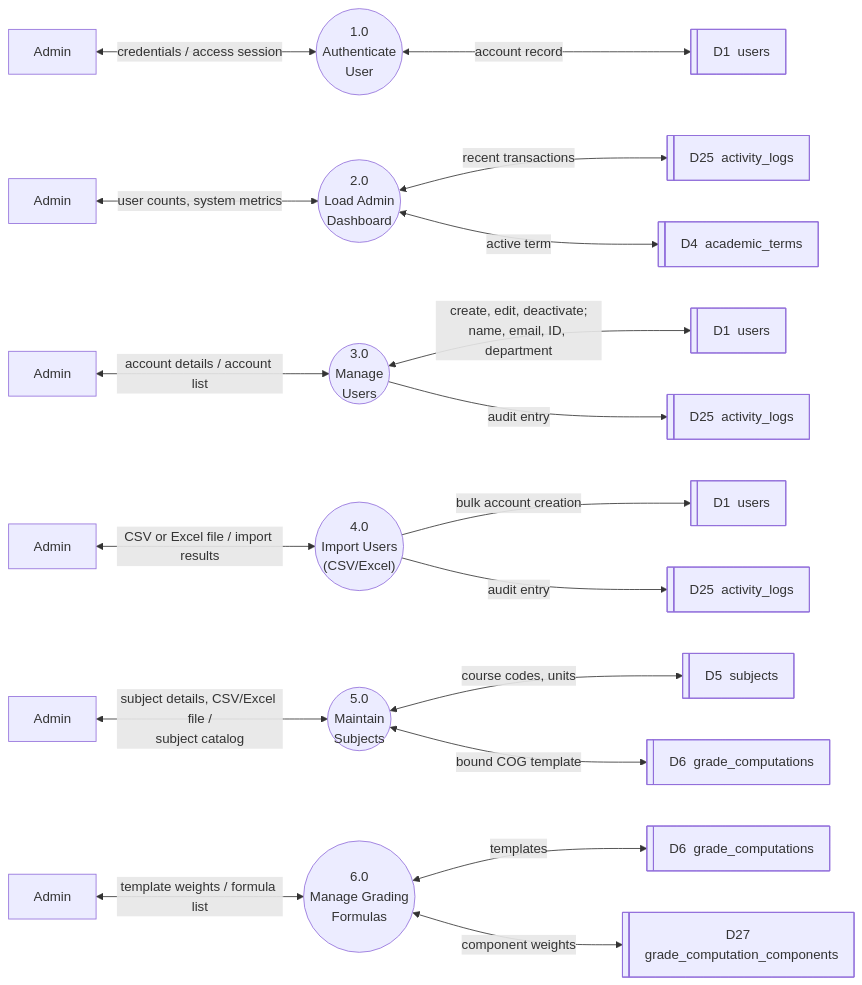
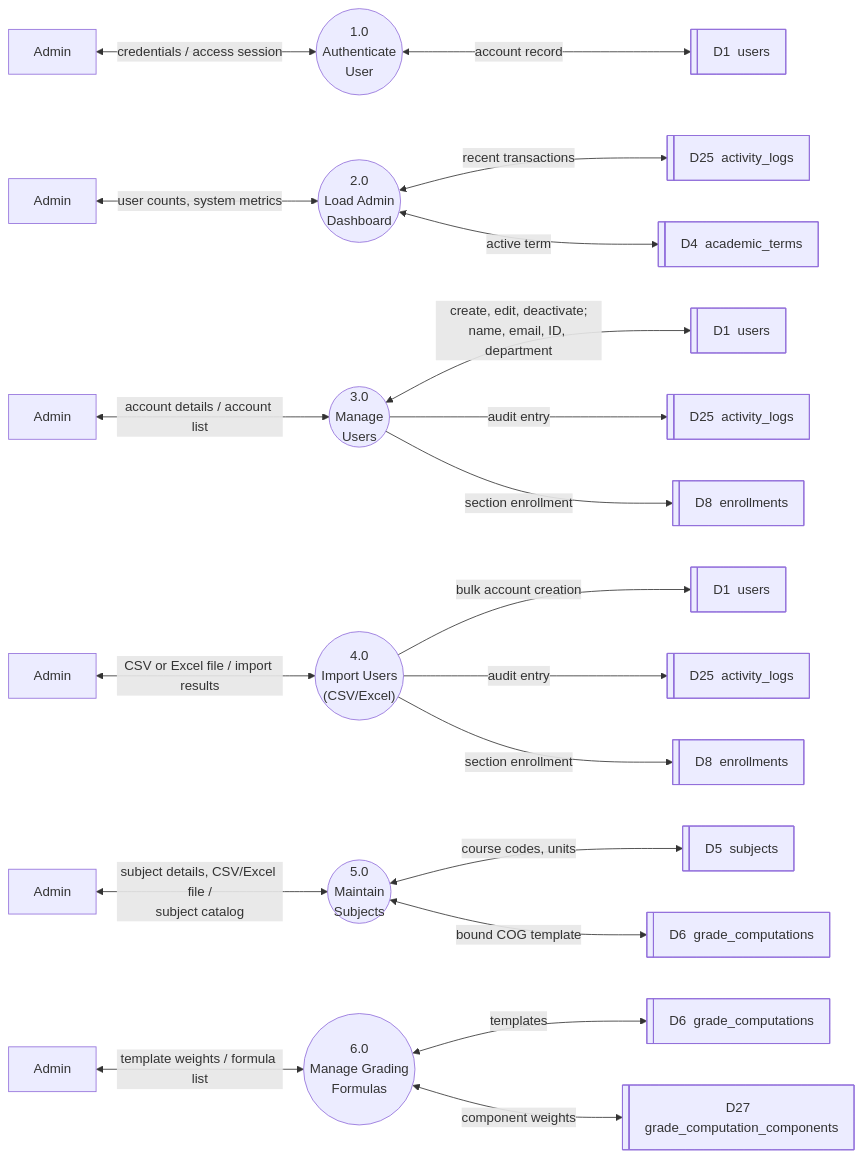
The diagram in docs/02-thesis/figures/Figure-2.11-DFD-Admin-A.mmd (kurarensu16/sage), drawn with Mermaid before and after one commit. The commit also changed 49 other files, not shown here.

```diff
--- a/docs/02-thesis/figures/Figure-2.11-DFD-Admin-A.mmd
+++ b/docs/02-thesis/figures/Figure-2.11-DFD-Admin-A.mmd
@@ -1,32 +1,35 @@
 flowchart LR
 %% ===== Figure 2.11 — Level 1 DFD: Admin Portal — column A (processes 1.0–6.0), revised 2026-10-10 =====
-%% Two-column layout (see compose_columns.py); content unchanged from the single-column version.
+%% Two-column layout (see compose_columns.py).
+%% Revised 2026-10-10 (evening): user creation/import with a section writes section enrollments.
 
   %% ---------- 1.0 ----------
   E1["Admin"] <-- "credentials / access session" --> P1(("1.0<br/>Authenticate<br/>User"))
   P1 <-- "account record" --> D1@{ shape: lin-rect, label: "D1&nbsp; users" }
 
   %% ---------- 2.0 ----------
   E2["Admin"] <-- "user counts, system metrics" --> P2(("2.0<br/>Load Admin<br/>Dashboard"))
   P2 <-- "recent transactions" --> D25b@{ shape: lin-rect, label: "D25&nbsp; activity_logs" }
   P2 <-- "active term" --> D4b@{ shape: lin-rect, label: "D4&nbsp; academic_terms" }
 
   %% ---------- 3.0 ----------
   E3["Admin"] <-- "account details / account list" --> P3(("3.0<br/>Manage<br/>Users"))
   P3 <-- "create, edit, deactivate;<br/>name, email, ID, department" --> D1c@{ shape: lin-rect, label: "D1&nbsp; users" }
   P3 -- "audit entry" --> D25c@{ shape: lin-rect, label: "D25&nbsp; activity_logs" }
+  P3 -- "section enrollment" --> D8c@{ shape: lin-rect, label: "D8&nbsp; enrollments" }
 
   %% ---------- 4.0 ----------
   E4["Admin"] <-- "CSV or Excel file / import results" --> P4(("4.0<br/>Import Users<br/>(CSV/Excel)"))
   P4 -- "bulk account creation" --> D1d@{ shape: lin-rect, label: "D1&nbsp; users" }
   P4 -- "audit entry" --> D25d@{ shape: lin-rect, label: "D25&nbsp; activity_logs" }
+  P4 -- "section enrollment" --> D8d@{ shape: lin-rect, label: "D8&nbsp; enrollments" }
 
   %% ---------- 5.0 ----------
   E5["Admin"] <-- "subject details, CSV/Excel file /<br/>subject catalog" --> P5(("5.0<br/>Maintain<br/>Subjects"))
   P5 <-- "course codes, units" --> D5e@{ shape: lin-rect, label: "D5&nbsp; subjects" }
   P5 <-- "bound COG template" --> D6e@{ shape: lin-rect, label: "D6&nbsp; grade_computations" }
 
   %% ---------- 6.0 ----------
   E6["Admin"] <-- "template weights / formula list" --> P6(("6.0<br/>Manage Grading<br/>Formulas"))
   P6 <-- "templates" --> D6f@{ shape: lin-rect, label: "D6&nbsp; grade_computations" }
   P6 <-- "component weights" --> D27f@{ shape: lin-rect, label: "D27&nbsp; grade_computation_components" }
```
